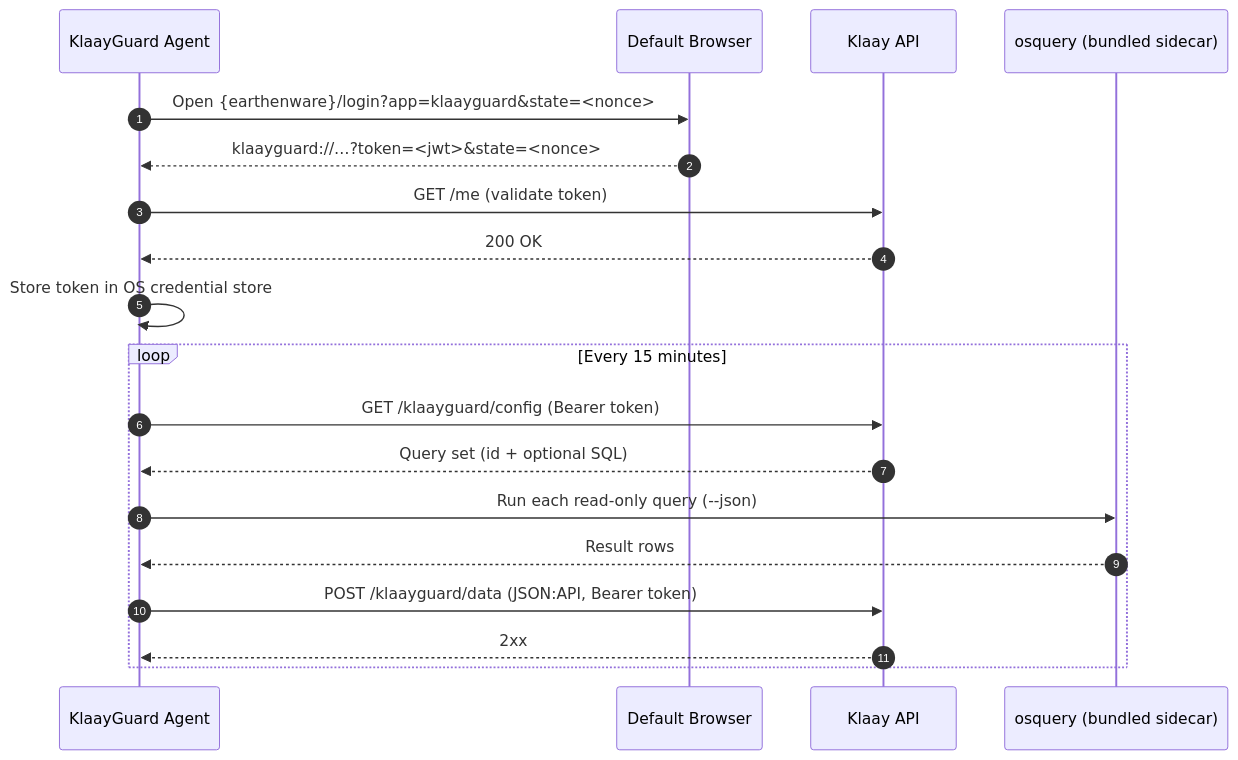
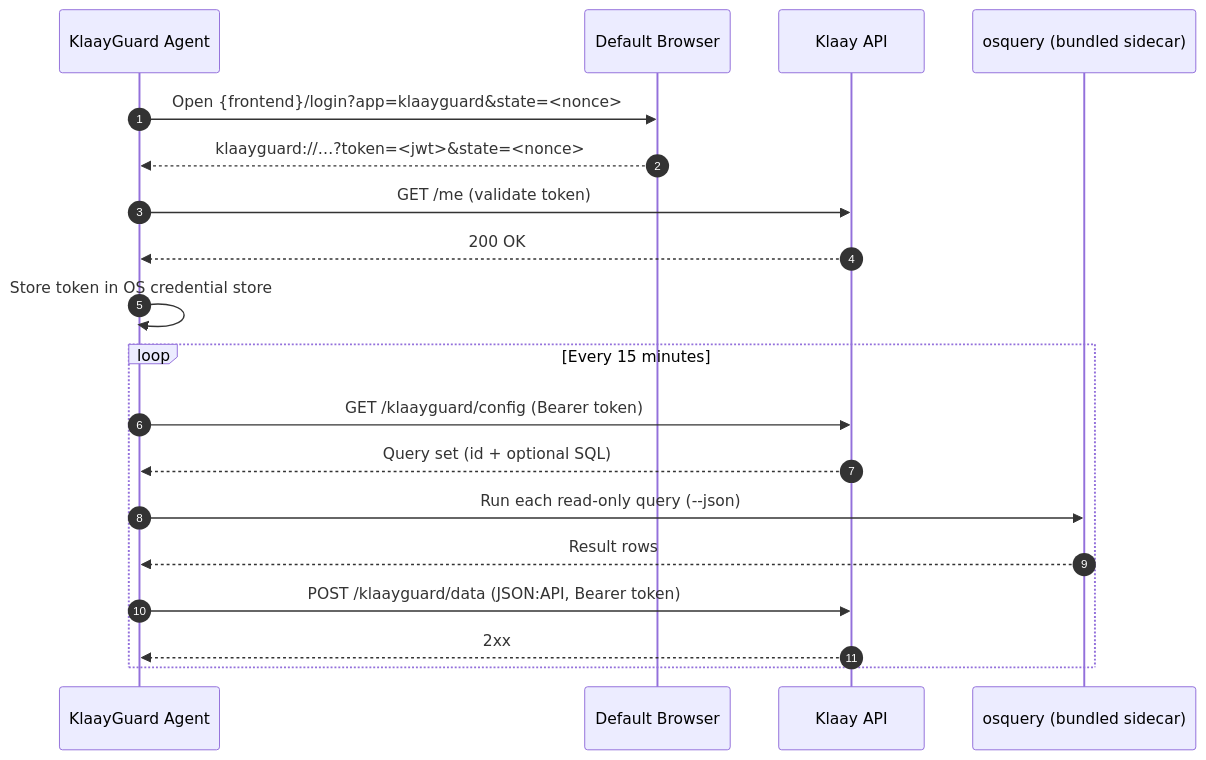
One commit to klaayinc/klaayguard changed the diagram in README.md. Above: the diagram before and after it, drawn with Mermaid. The commit also changed other lines of this file and 42 other files, not shown here.

````diff
--- a/README.md
+++ b/README.md
@@ -19,25 +21,25 @@
 ```mermaid
 sequenceDiagram
     autonumber
     participant Agent as KlaayGuard Agent
     participant Browser as Default Browser
     participant API as Klaay API
     participant Osquery as osquery (bundled sidecar)
 
     %% Sign-in (first launch or after 401/403)
-    Agent->>Browser: Open {earthenware}/login?app=klaayguard&state=<nonce>
+    Agent->>Browser: Open {frontend}/login?app=klaayguard&state=<nonce>
     Browser-->>Agent: klaayguard://…?token=<jwt>&state=<nonce>
     Agent->>API: GET /me (validate token)
     API-->>Agent: 200 OK
     Agent->>Agent: Store token in OS credential store
 
     %% Collection loop
     loop Every 15 minutes
         Agent->>API: GET /klaayguard/config (Bearer token)
         API-->>Agent: Query set (id + optional SQL)
         Agent->>Osquery: Run each read-only query (--json)
         Osquery-->>Agent: Result rows
         Agent->>API: POST /klaayguard/data (JSON:API, Bearer token)
         API-->>Agent: 2xx
     end
 ```
````
